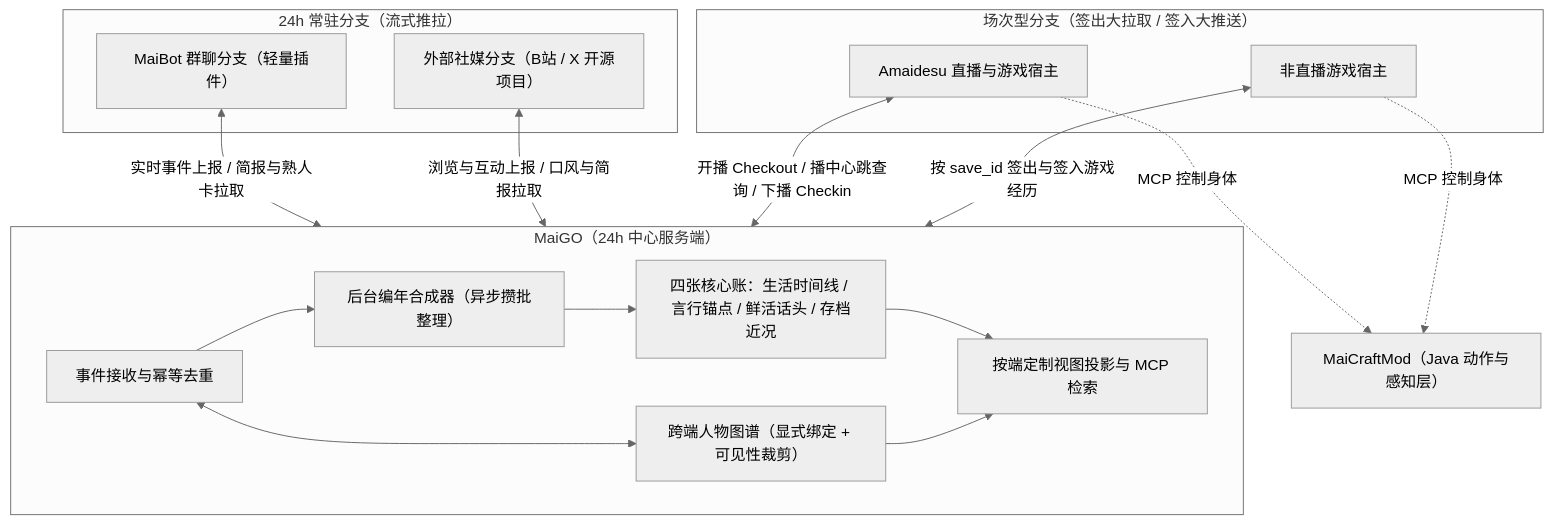
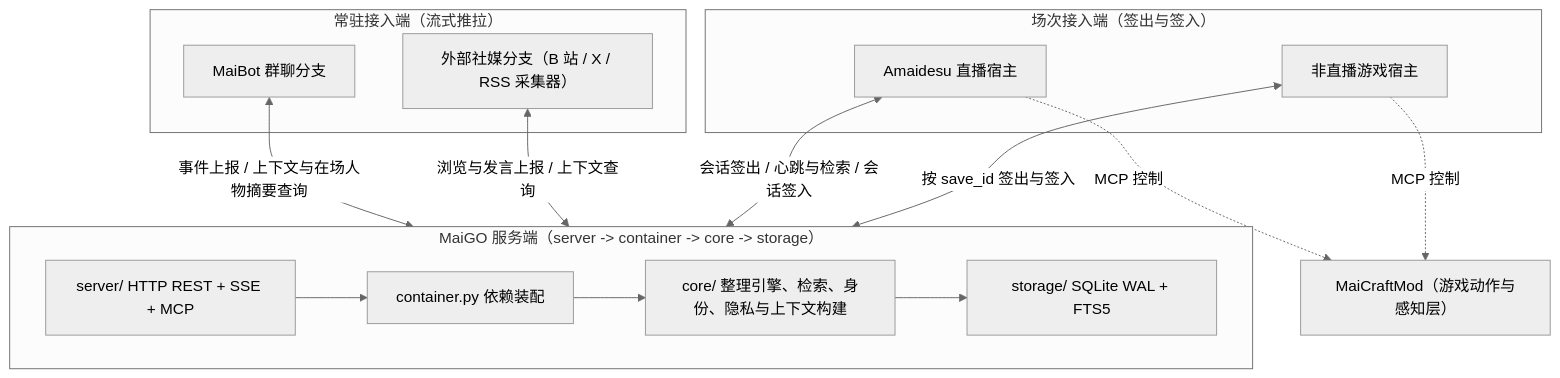
Before and after one commit to LittleSadSheep/MaiGO: the diagram in docs/architecture/overview.md, drawn with Mermaid (neutral theme). The commit also changed other lines of this file and 4 other files, not shown here.

````diff
--- a/docs/architecture/overview.md
+++ b/docs/architecture/overview.md
@@ -23,31 +21,29 @@
 ```mermaid
 flowchart TB
-    subgraph 常驻端["24h 常驻分支（流式推拉）"]
-        MB["MaiBot 群聊分支（轻量插件）"]
-        EXT["外部社媒分支（B站 / X 开源项目）"]
+    subgraph 常驻端["常驻接入端（流式推拉）"]
+        MB["MaiBot 群聊分支"]
+        EXT["外部社媒分支（B 站 / X / RSS 采集器）"]
     end
 
-    subgraph 按需端["场次型分支（签出大拉取 / 签入大推送）"]
-        AMA["Amaidesu 直播与游戏宿主"]
+    subgraph 按需端["场次接入端（签出与签入）"]
+        AMA["Amaidesu 直播宿主"]
         GAME_HOST["非直播游戏宿主"]
     end
 
-    MC_MOD["MaiCraftMod（Java 动作与感知层）"]
-    AMA -. "MCP 控制身体" .-> MC_MOD
-    GAME_HOST -. "MCP 控制身体" .-> MC_MOD
+    MC_MOD["MaiCraftMod（游戏动作与感知层）"]
+    AMA -. "MCP 控制" .-> MC_MOD
+    GAME_HOST -. "MCP 控制" .-> MC_MOD
 
-    MB <-->|"实时事件上报 / 简报与熟人卡拉取"| SW
-    EXT <-->|"浏览与互动上报 / 口风与简报拉取"| SW
-    AMA <-->|"开播 Checkout / 播中心跳查询 / 下播 Checkin"| SW
-    GAME_HOST <-->|"按 save_id 签出与签入游戏经历"| SW
+    MB <-->|"事件上报 / 上下文与在场人物摘要查询"| SW
+    EXT <-->|"浏览与发言上报 / 上下文查询"| SW
+    AMA <-->|"会话签出 / 心跳与检索 / 会话签入"| SW
+    GAME_HOST <-->|"按 save_id 签出与签入"| SW
 
-    subgraph SW["MaiGO（24h 中心服务端）"]
-        ING["事件接收与幂等去重"]
-        PG["跨端人物图谱（显式绑定 + 可见性裁剪）"]
-        SYN["后台编年合成器（异步攒批整理）"]
-        LEDGER["四张核心账：生活时间线 / 言行锚点 / 鲜活话头 / 存档近况"]
-        VIEW["按端定制视图投影与 MCP 检索"]
-        ING --> SYN --> LEDGER --> VIEW
-        ING <--> PG --> VIEW
+    subgraph SW["MaiGO 服务端（server -> container -> core -> storage）"]
+        SRV["server/ HTTP REST + SSE + MCP"]
+        CTX["container.py 依赖装配"]
+        CORE["core/ 整理引擎、检索、身份、隐私与上下文构建"]
+        DB["storage/ SQLite WAL + FTS5"]
+        SRV --> CTX --> CORE --> DB
     end
 ```
````
